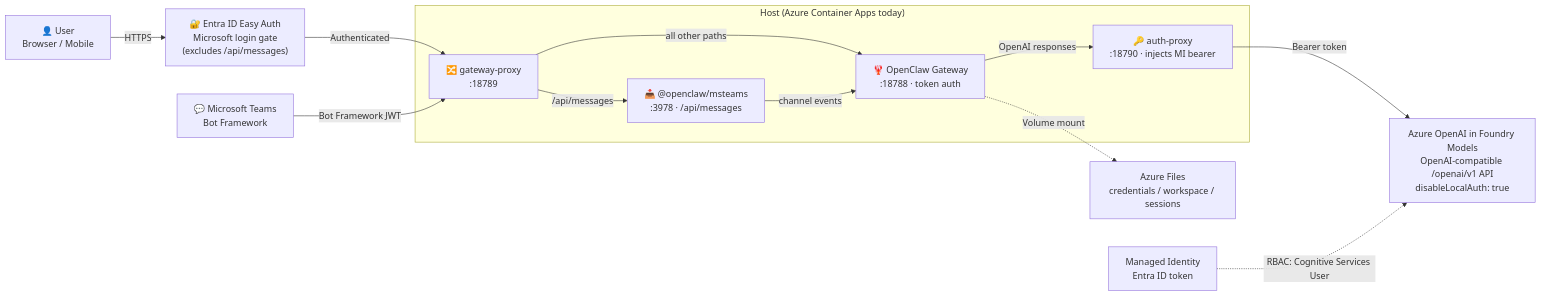
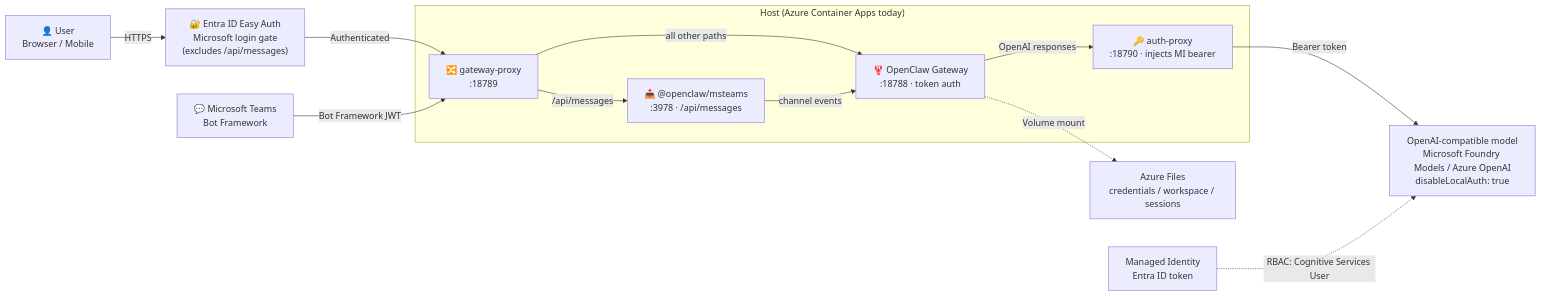
Before and after one commit to microsoft/openclaw-dev: the diagram in README.md, drawn with Mermaid. The commit also changed other lines of this file and 1 other file, not shown here.

First line of the commit message:
docs: model REST endpoint is Chat Completions, not Responses

````diff
--- a/README.md
+++ b/README.md
@@ -174,26 +104,26 @@
 ```mermaid
 graph LR
     User["👤 User<br/>Browser / Mobile"]
     Teams["💬 Microsoft Teams<br/>Bot Framework"]
     EasyAuth["🔐 Entra ID Easy Auth<br/>Microsoft login gate<br/>(excludes /api/messages)"]
     subgraph Host["Host (Azure Container Apps today)"]
         Proxy["🔀 gateway-proxy<br/>:18789"]
         GW["🦞 OpenClaw Gateway<br/>:18788 · token auth"]
         MST["📥 @openclaw/msteams<br/>:3978 · /api/messages"]
         Auth["🔑 auth-proxy<br/>:18790 · injects MI bearer"]
     end
-    AOAI["Azure OpenAI in Foundry Models<br/>OpenAI-compatible /openai/v1 API<br/>disableLocalAuth: true"]
+    AOAI["OpenAI-compatible model<br/>Microsoft Foundry Models / Azure OpenAI<br/>disableLocalAuth: true"]
     MI["Managed Identity<br/>Entra ID token"]
     AF["Azure Files<br/>credentials / workspace / sessions"]
 
     User -->|"HTTPS"| EasyAuth
     EasyAuth -->|"Authenticated"| Proxy
     Teams -->|"Bot Framework JWT"| Proxy
     Proxy -->|"/api/messages"| MST
     Proxy -->|"all other paths"| GW
     MST -->|"channel events"| GW
     GW -->|"OpenAI responses"| Auth
     Auth -->|"Bearer token"| AOAI
     GW -.->|"Volume mount"| AF
     MI -.->|"RBAC: Cognitive Services User"| AOAI
 ```
````
